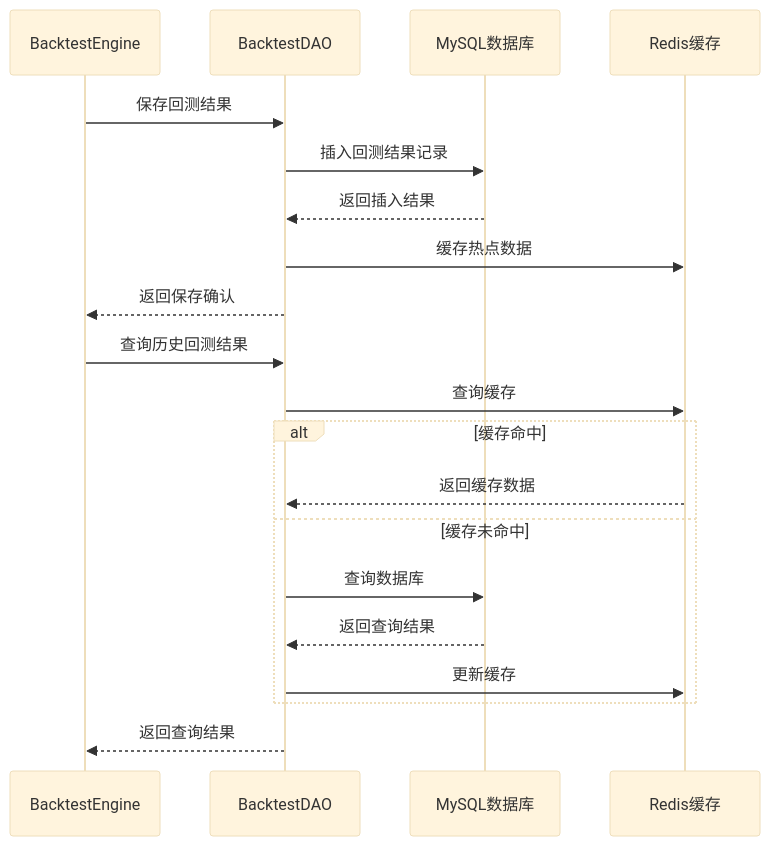
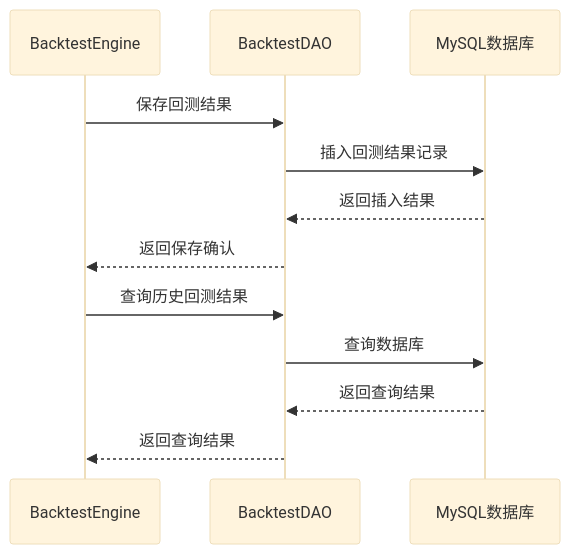
One commit to Casper-Mars/qtrade changed the sixth of 7 diagrams in docs/iteration-3-prediction-model/tasks_backtest_engine.md. Above: the diagram before and after it, drawn with Mermaid (base theme). The commit also changed other lines of this file and 1 other file, not shown here.

````diff
--- a/docs/iteration-3-prediction-model/tasks_backtest_engine.md
+++ b/docs/iteration-3-prediction-model/tasks_backtest_engine.md
@@ -196,24 +220,16 @@
     ```mermaid
     sequenceDiagram
         participant BE as BacktestEngine
         participant DAO as BacktestDAO
         participant DB as MySQL数据库
-        participant Cache as Redis缓存
         
         BE->>DAO: 保存回测结果
         DAO->>DB: 插入回测结果记录
         DB-->>DAO: 返回插入结果
-        DAO->>Cache: 缓存热点数据
         DAO-->>BE: 返回保存确认
         
         BE->>DAO: 查询历史回测结果
-        DAO->>Cache: 查询缓存
-        alt 缓存命中
-            Cache-->>DAO: 返回缓存数据
-        else 缓存未命中
-            DAO->>DB: 查询数据库
-            DB-->>DAO: 返回查询结果
-            DAO->>Cache: 更新缓存
-        end
+        DAO->>DB: 查询数据库
+        DB-->>DAO: 返回查询结果
         DAO-->>BE: 返回查询结果
     ```
````
